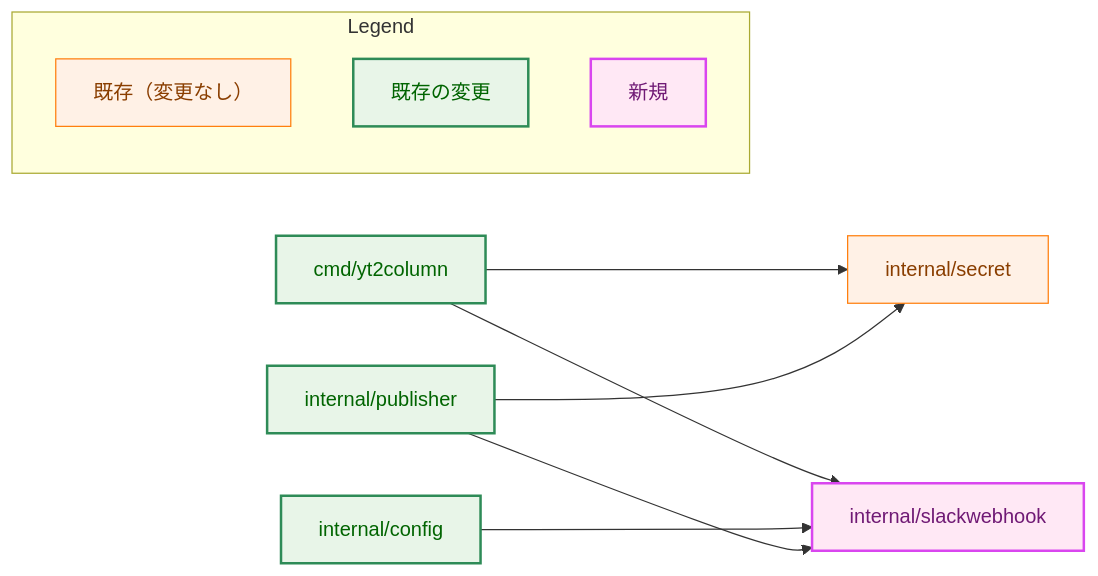
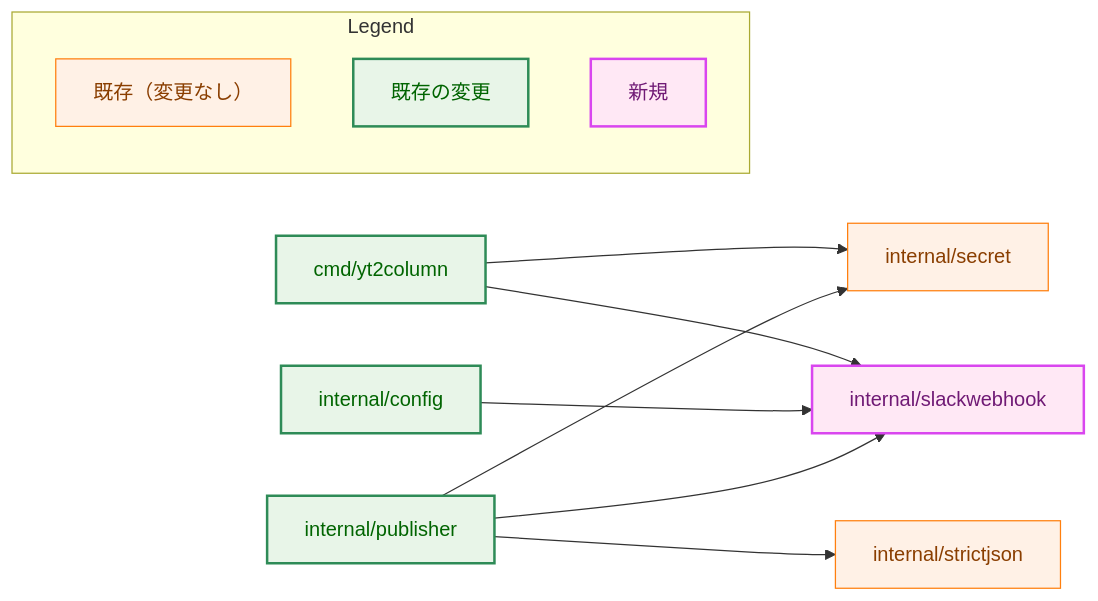
One commit to isseis/yt2column changed the second of 7 diagrams in docs/tasks/0006_slack_webhook_publisher/02_architecture.md. Above: the diagram before and after it, drawn with Mermaid. The commit also changed other lines of this file, not shown here.

First line of the commit message:
docs(0006): rewrite the architecture for the Slack-compatible webhook

````diff
--- a/docs/tasks/0006_slack_webhook_publisher/02_architecture.md
+++ b/docs/tasks/0006_slack_webhook_publisher/02_architecture.md
@@ -111,31 +115,33 @@
 ```mermaid
 flowchart LR
     classDef process fill:#fff1e6,stroke:#ff7f0e,stroke-width:1px,color:#8a3e00;
     classDef enhanced fill:#e8f5e8,stroke:#2e8b57,stroke-width:2px,color:#006400;
     classDef newpkg fill:#ffe8f5,stroke:#d946ef,stroke-width:2px,color:#701a75;
 
     MAIN["cmd/yt2column"]
     CFG["internal/config"]
     PUB["internal/publisher"]
     SW["internal/slackwebhook"]
     SEC["internal/secret"]
+    SJ["internal/strictjson"]
 
     MAIN --> SEC
     MAIN --> SW
     CFG --> SW
     PUB --> SW
     PUB --> SEC
+    PUB --> SJ
 
-    class SEC process
+    class SEC,SJ process
     class MAIN,CFG,PUB enhanced
     class SW newpkg
 
     subgraph Legend["Legend"]
         L2["既存（変更なし）"]
         L3["既存の変更"]
         L4["新規"]
     end
     class L2 process
     class L3 enhanced
     class L4 newpkg
 ```
````
